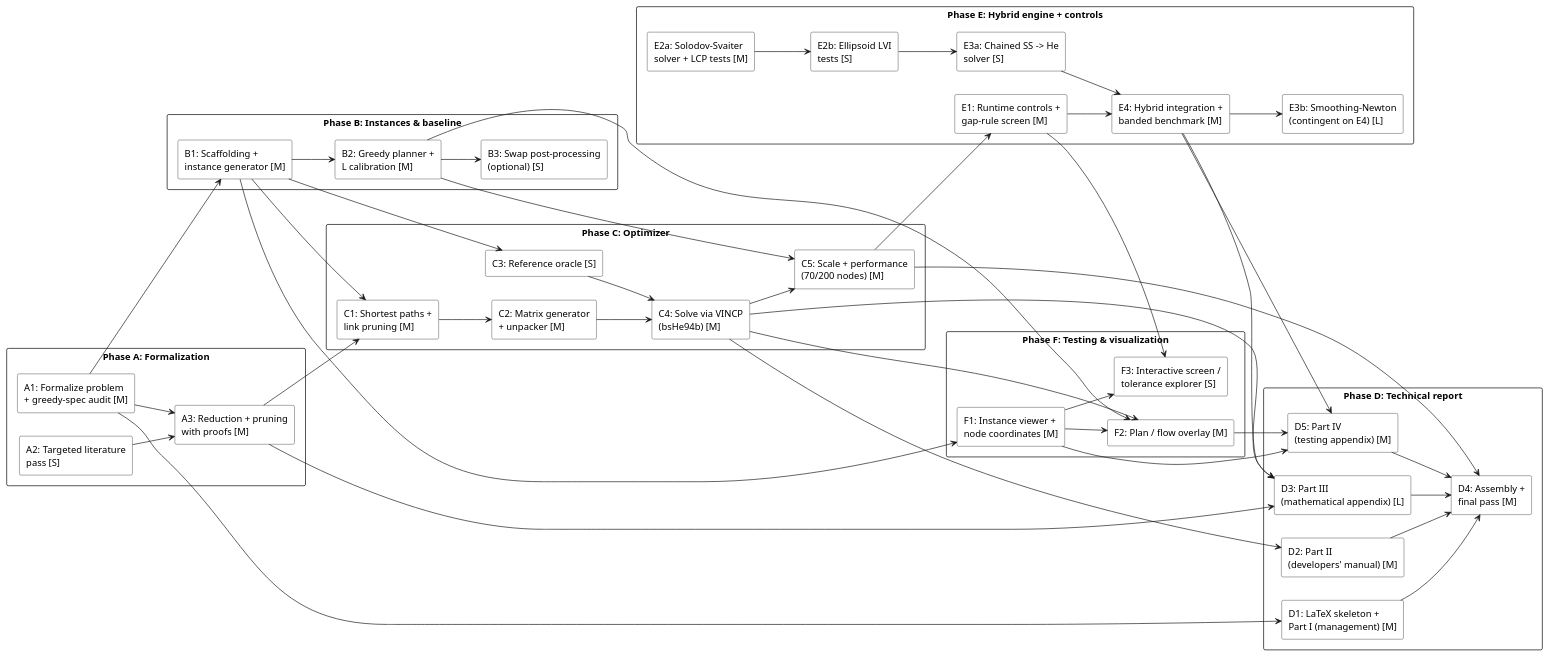
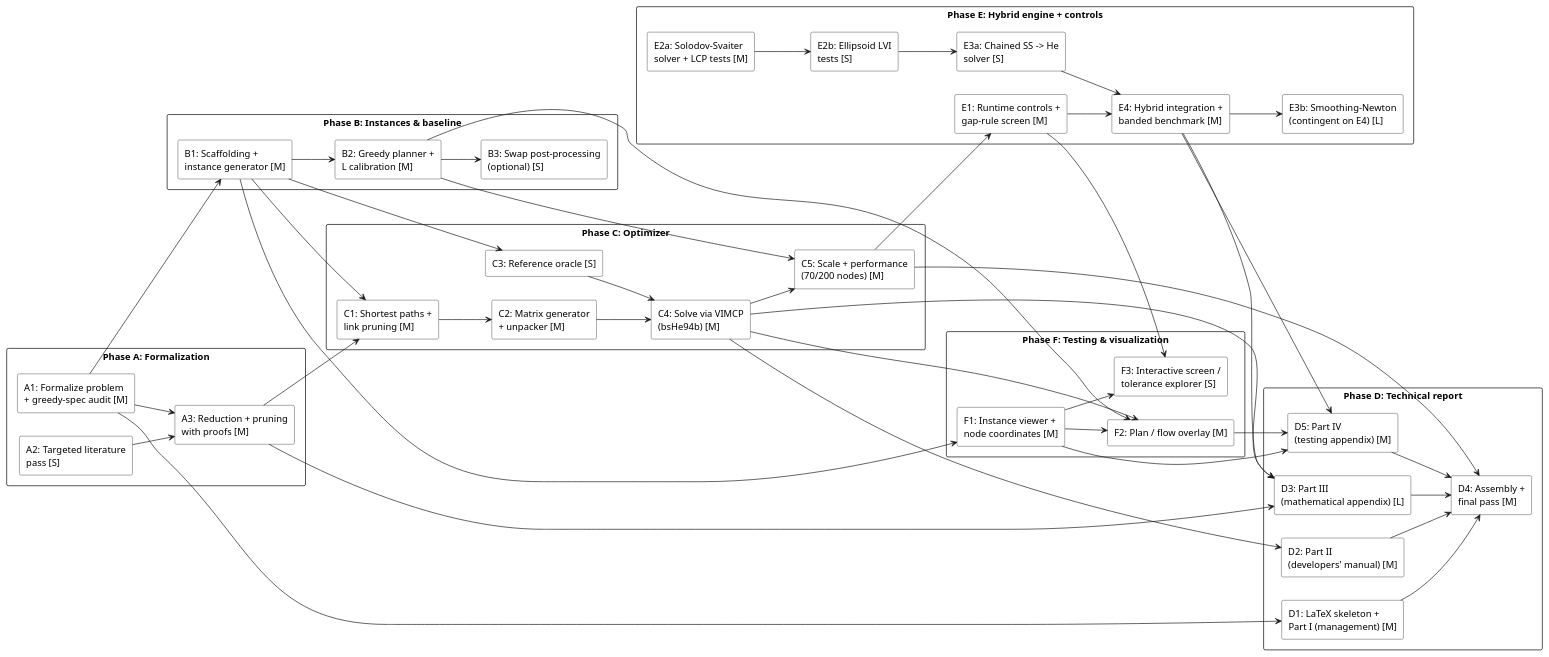
Before and after one commit to bwise-7365/titan-alloy: the diagram in visolver/network/pert.puml, drawn with PlantUML. The commit also changed 214 other files, not shown here.

First line of the commit message:
changed VINCP to VIMCP

```diff
--- a/visolver/network/pert.puml
+++ b/visolver/network/pert.puml
@@ -1,96 +1,96 @@
 @startuml pert
 ' ----------------------------------------------
 ' Copyright Ben Paul Wise. All Rights Reserved.
 ' ----------------------------------------------
 ' PERT chart for the network flow-planning solver.
 ' Boxes = tasks (see plan.md ledger for full text and status);
 ' every box completion is a review gate (progress + usage budget).
 ' ----------------------------------------------
 left to right direction
 skinparam rectangle {
   BackgroundColor White
   BorderColor Black
 }
 
 rectangle "Phase A: Formalization" as PA {
   rectangle "A1: Formalize problem\n+ greedy-spec audit [M]" as A1
   rectangle "A2: Targeted literature\npass [S]" as A2
   rectangle "A3: Reduction + pruning\nwith proofs [M]" as A3
 }
 
 rectangle "Phase B: Instances & baseline" as PB {
   rectangle "B1: Scaffolding +\ninstance generator [M]" as B1
   rectangle "B2: Greedy planner +\nL calibration [M]" as B2
   rectangle "B3: Swap post-processing\n(optional) [S]" as B3
 }
 
 rectangle "Phase C: Optimizer" as PC {
   rectangle "C1: Shortest paths +\nlink pruning [M]" as C1
   rectangle "C2: Matrix generator\n+ unpacker [M]" as C2
   rectangle "C3: Reference oracle [S]" as C3
-  rectangle "C4: Solve via VINCP\n(bsHe94b) [M]" as C4
+  rectangle "C4: Solve via VIMCP\n(bsHe94b) [M]" as C4
   rectangle "C5: Scale + performance\n(70/200 nodes) [M]" as C5
 }
 
 rectangle "Phase E: Hybrid engine + controls" as PE {
   rectangle "E1: Runtime controls +\ngap-rule screen [M]" as E1
   rectangle "E2a: Solodov-Svaiter\nsolver + LCP tests [M]" as E2
   rectangle "E2b: Ellipsoid LVI\ntests [S]" as E2B
   rectangle "E3a: Chained SS -> He\nsolver [S]" as E3
   rectangle "E3b: Smoothing-Newton\n(contingent on E4) [L]" as E3B
   rectangle "E4: Hybrid integration +\nbanded benchmark [M]" as E4
 }
 
 rectangle "Phase F: Testing & visualization" as PF {
   rectangle "F1: Instance viewer +\nnode coordinates [M]" as F1
   rectangle "F2: Plan / flow overlay [M]" as F2
   rectangle "F3: Interactive screen /\ntolerance explorer [S]" as F3
 }
 
 rectangle "Phase D: Technical report" as PD {
   rectangle "D1: LaTeX skeleton +\nPart I (management) [M]" as D1
   rectangle "D2: Part II\n(developers' manual) [M]" as D2
   rectangle "D3: Part III\n(mathematical appendix) [L]" as D3
   rectangle "D5: Part IV\n(testing appendix) [M]" as D5
   rectangle "D4: Assembly +\nfinal pass [M]" as D4
 }
 
 A1 --> A3
 A2 --> A3
 A1 --> B1
 B1 --> B2
 B2 --> B3
 A3 --> C1
 B1 --> C1
 C1 --> C2
 B1 --> C3
 C2 --> C4
 C3 --> C4
 C4 --> C5
 B2 --> C5
 C5 --> E1
 E2 --> E2B
 E2B --> E3
 E1 --> E4
 E3 --> E4
 E4 --> E3B
 B1 --> F1
 F1 --> F2
 B2 --> F2
 C4 --> F2
 E1 --> F3
 F1 --> F3
 A1 --> D1
 C4 --> D2
 A3 --> D3
 C4 --> D3
 E4 --> D3
 E4 --> D5
 F1 --> D5
 F2 --> D5
 D1 --> D4
 D2 --> D4
 D3 --> D4
 D5 --> D4
 C5 --> D4
 @enduml
```
